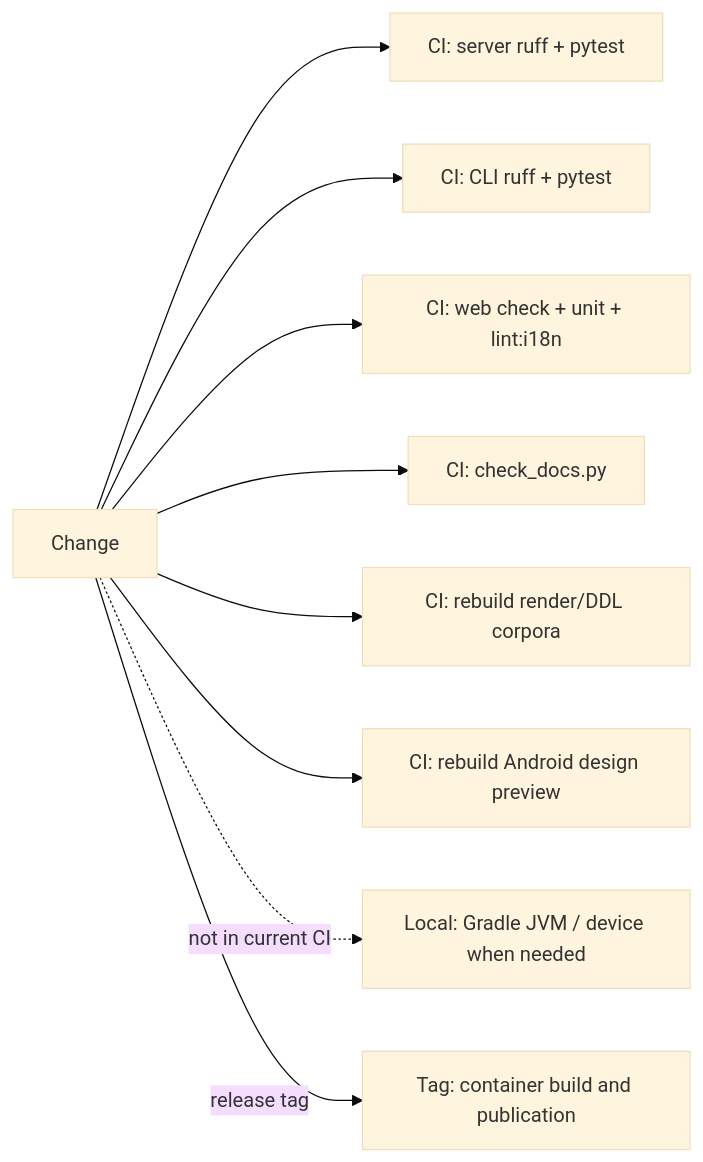
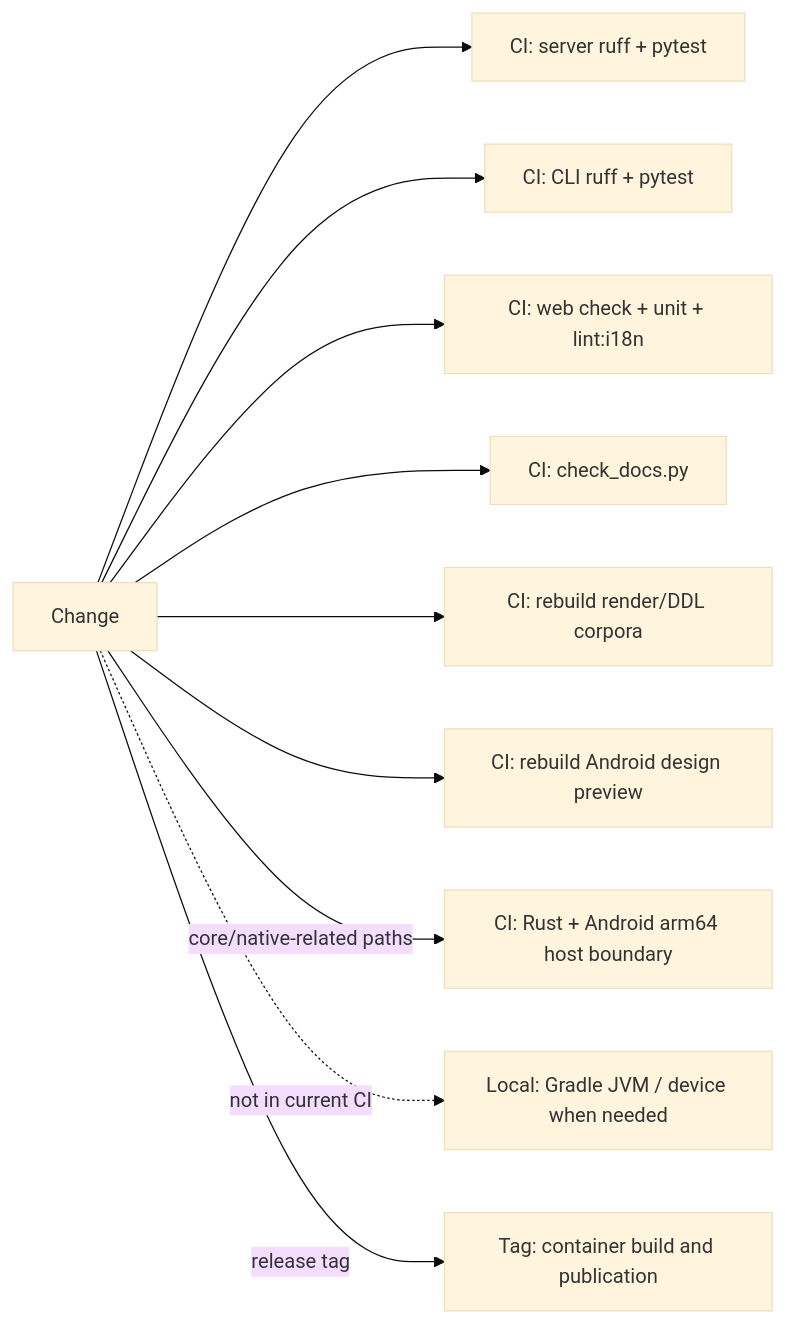
One commit to oikawas/inku-lang changed the diagram in docs/architecture/change-impact-map.md. Above: the diagram before and after it, drawn with Mermaid (base theme). The commit also changed other lines of this file and 1237 other files, not shown here.

````diff
--- a/docs/architecture/change-impact-map.md
+++ b/docs/architecture/change-impact-map.md
@@ -26,21 +27,23 @@
 ```mermaid
 flowchart LR
     CHANGE["Change"]
     CI_SERVER["CI: server ruff + pytest"]
     CI_CLI["CI: CLI ruff + pytest"]
     CI_WEB["CI: web check + unit + lint:i18n"]
     CI_DOCS["CI: check_docs.py"]
     CI_CORPUS["CI: rebuild render/DDL corpora"]
     CI_PREVIEW["CI: rebuild Android design preview"]
+    CI_ANDROID["CI: Rust + Android arm64 host boundary"]
     LOCAL_ANDROID["Local: Gradle JVM / device when needed"]
     RELEASE["Tag: container build and publication"]
 
     CHANGE --> CI_SERVER
     CHANGE --> CI_CLI
     CHANGE --> CI_WEB
     CHANGE --> CI_DOCS
     CHANGE --> CI_CORPUS
     CHANGE --> CI_PREVIEW
+    CHANGE -->|"core/native-related paths"| CI_ANDROID
     CHANGE -.->|"not in current CI"| LOCAL_ANDROID
     CHANGE -->|"release tag"| RELEASE
 ```
````
